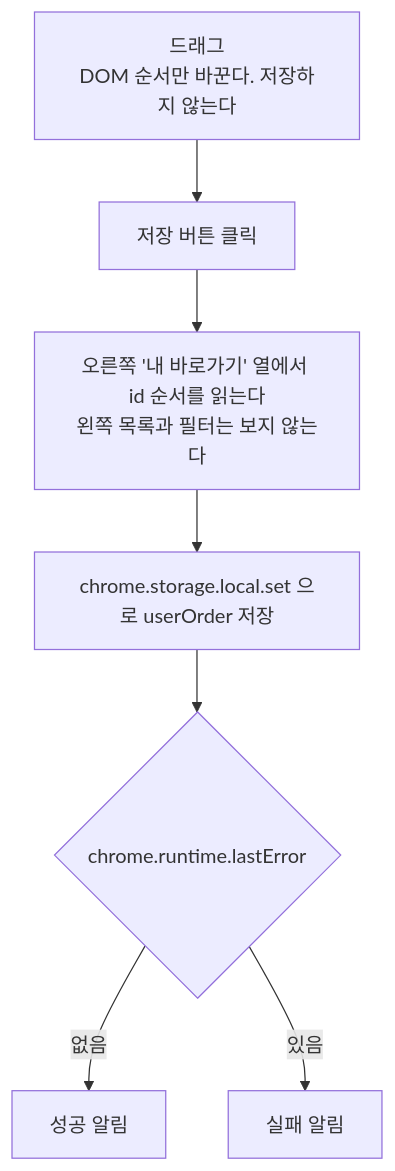
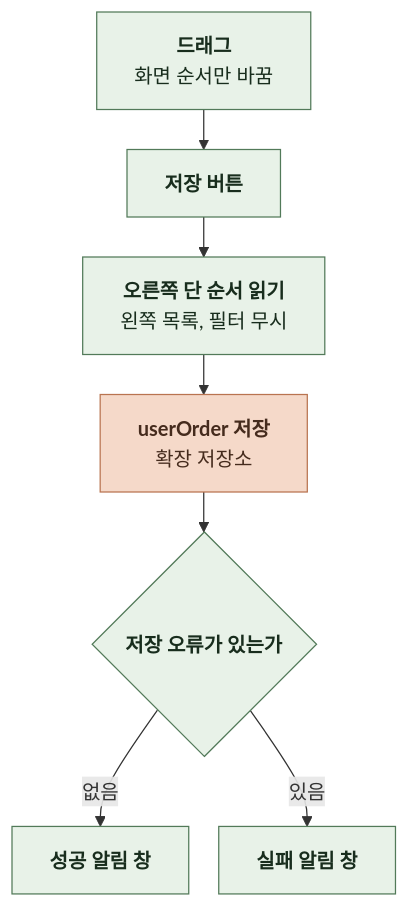
Before and after one commit to kangkyunghyun/LinKHU: the second of 4 diagrams in docs/spec/6-1-INTERACTION.md, drawn with Mermaid. The commit also changed other lines of this file and 24 other files, not shown here.

````diff
--- a/docs/spec/6-1-INTERACTION.md
+++ b/docs/spec/6-1-INTERACTION.md
@@ -72,9 +87,17 @@
 ```mermaid
+%%{init: {"flowchart": {"curve": "basis", "nodeSpacing": 24, "rankSpacing": 32}}}%%
 flowchart TD
-    A["드래그<br>DOM 순서만 바꾼다. 저장하지 않는다"] --> B["저장 버튼 클릭"]
-    B --> C["오른쪽 '내 바로가기' 열에서 id 순서를 읽는다<br>왼쪽 목록과 필터는 보지 않는다"]
-    C --> D["chrome.storage.local.set 으로 userOrder 저장"]
-    D --> E{"chrome.runtime.lastError"}
-    E -- "없음" --> F["성공 알림"]
-    E -- "있음" --> G["실패 알림"]
+    A["`**드래그**
+화면 순서만 바꿈`"] --> B["`**저장 버튼**`"]
+    B --> C["`**오른쪽 단 순서 읽기**
+왼쪽 목록, 필터 무시`"]
+    C --> D["`**userOrder 저장**
+확장 저장소`"]
+    D --> E{"`**저장 오류가 있는가**`"}
+    E -->|없음| F["`**성공 알림 창**`"]
+    E -->|있음| G["`**실패 알림 창**`"]
+    classDef comp fill:#E8F2E8,stroke:#527A59,color:#182D1D
+    classDef store fill:#F5D9C9,stroke:#B97450,color:#452B1D
+    class A,B,C,F,G,E comp
+    class D store
 ```
````
